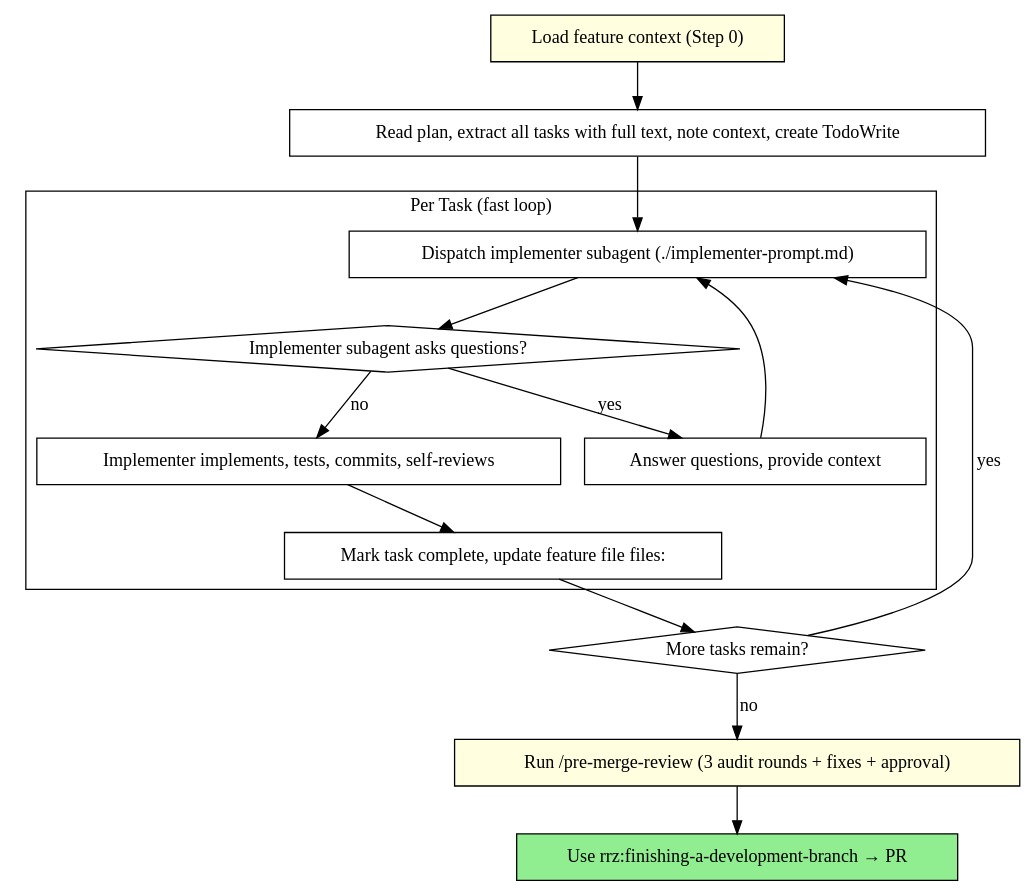
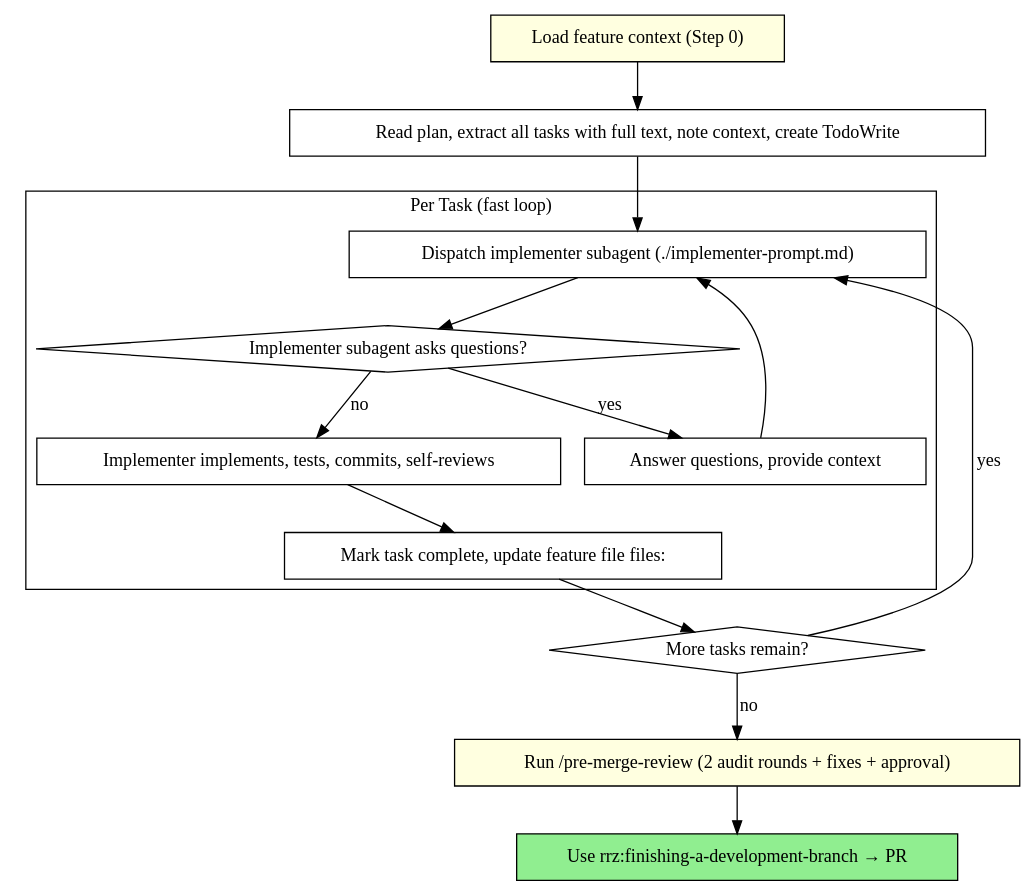
One commit to kulfix/rezavo-plugins changed the second of 2 diagrams in plugins/rrz/skills/subagent-driven-development/SKILL.md. Above: the diagram before and after it, drawn with Graphviz. The commit also changed other lines of this file and 6 other files, not shown here.

````diff
--- a/plugins/rrz/skills/subagent-driven-development/SKILL.md
+++ b/plugins/rrz/skills/subagent-driven-development/SKILL.md
@@ -71,33 +71,33 @@
 ```dot
 digraph process {
     rankdir=TB;
 
     "Load feature context (Step 0)" [shape=box style=filled fillcolor=lightyellow];
 
     subgraph cluster_per_task {
         label="Per Task (fast loop)";
         "Dispatch implementer subagent (./implementer-prompt.md)" [shape=box];
         "Implementer subagent asks questions?" [shape=diamond];
         "Answer questions, provide context" [shape=box];
         "Implementer implements, tests, commits, self-reviews" [shape=box];
         "Mark task complete, update feature file files:" [shape=box];
     }
 
     "Read plan, extract all tasks with full text, note context, create TodoWrite" [shape=box];
     "More tasks remain?" [shape=diamond];
-    "Run /pre-merge-review (3 audit rounds + fixes + approval)" [shape=box style=filled fillcolor=lightyellow];
+    "Run /pre-merge-review (2 audit rounds + fixes + approval)" [shape=box style=filled fillcolor=lightyellow];
     "Use rrz:finishing-a-development-branch → PR" [shape=box style=filled fillcolor=lightgreen];
 
     "Load feature context (Step 0)" -> "Read plan, extract all tasks with full text, note context, create TodoWrite";
     "Read plan, extract all tasks with full text, note context, create TodoWrite" -> "Dispatch implementer subagent (./implementer-prompt.md)";
     "Dispatch implementer subagent (./implementer-prompt.md)" -> "Implementer subagent asks questions?";
     "Implementer subagent asks questions?" -> "Answer questions, provide context" [label="yes"];
     "Answer questions, provide context" -> "Dispatch implementer subagent (./implementer-prompt.md)";
     "Implementer subagent asks questions?" -> "Implementer implements, tests, commits, self-reviews" [label="no"];
     "Implementer implements, tests, commits, self-reviews" -> "Mark task complete, update feature file files:";
     "Mark task complete, update feature file files:" -> "More tasks remain?";
     "More tasks remain?" -> "Dispatch implementer subagent (./implementer-prompt.md)" [label="yes"];
-    "More tasks remain?" -> "Run /pre-merge-review (3 audit rounds + fixes + approval)" [label="no"];
-    "Run /pre-merge-review (3 audit rounds + fixes + approval)" -> "Use rrz:finishing-a-development-branch → PR";
+    "More tasks remain?" -> "Run /pre-merge-review (2 audit rounds + fixes + approval)" [label="no"];
+    "Run /pre-merge-review (2 audit rounds + fixes + approval)" -> "Use rrz:finishing-a-development-branch → PR";
 }
 ```
````
